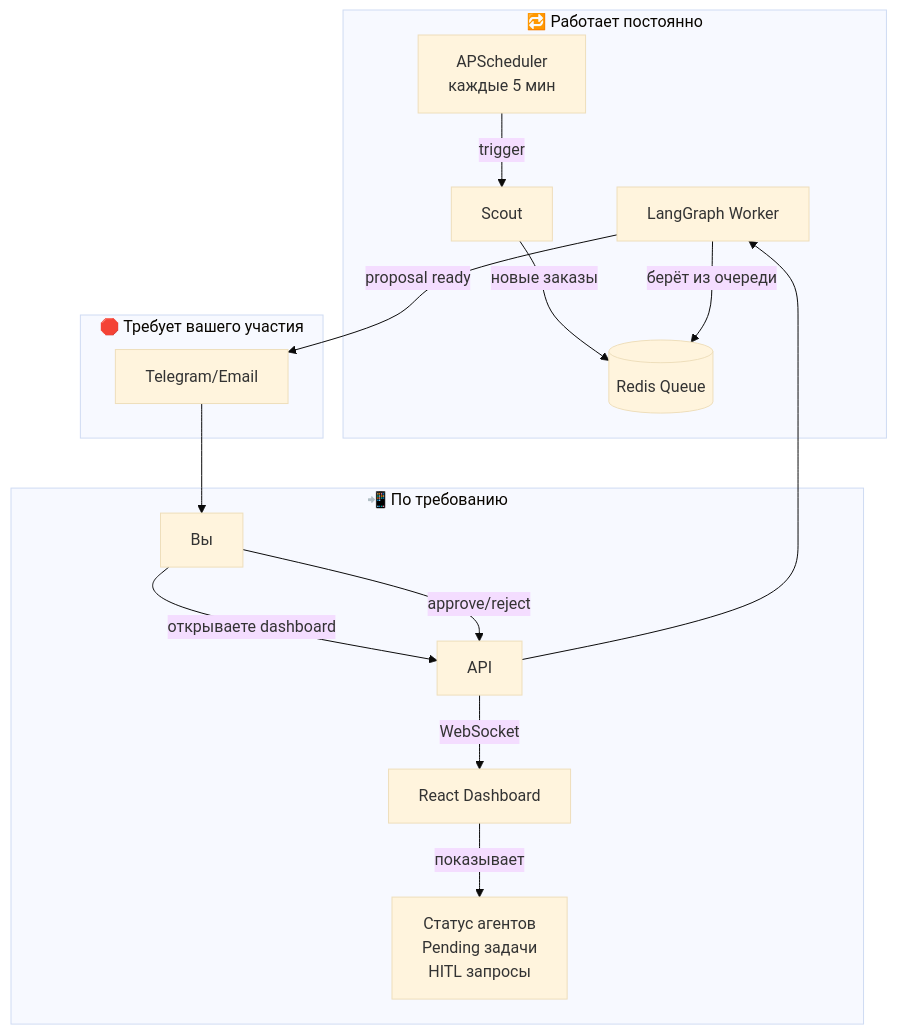
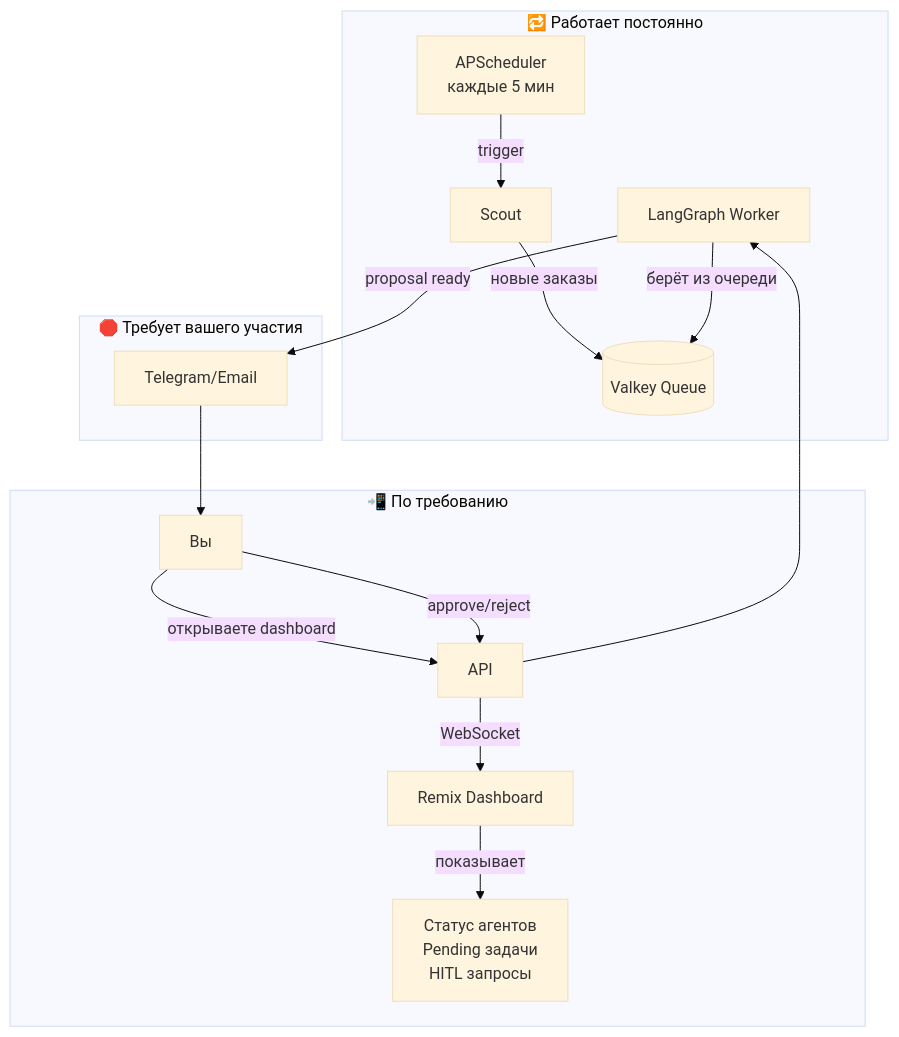
The eighth of 8 diagrams in technical_implementation_guide.md (laminariia/multi-agent-system), drawn with Mermaid (base theme) before and after one commit. The commit also changed other lines of this file and 137 other files, not shown here.

First line of the commit message:
feat: MAS MVP — backend, Telegram bot, Remix dashboard

````diff
--- a/technical_implementation_guide.md
+++ b/technical_implementation_guide.md
@@ -495,21 +495,21 @@
 ```mermaid
 flowchart TB
     subgraph Always["🔁 Работает постоянно"]
         Cron[APScheduler<br/>каждые 5 мин] -->|trigger| Scout
-        Scout -->|новые заказы| Queue[(Redis Queue)]
+        Scout -->|новые заказы| Queue[(Valkey Queue)]
         Worker[LangGraph Worker] -->|берёт из очереди| Queue
     end
     
     subgraph OnDemand["📲 По требованию"]
         You[Вы] -->|открываете dashboard| API
-        API -->|WebSocket| Dashboard[React Dashboard]
+        API -->|WebSocket| Dashboard[Remix Dashboard]
         Dashboard -->|показывает| Status[Статус агентов<br/>Pending задачи<br/>HITL запросы]
     end
     
     subgraph HITL["🛑 Требует вашего участия"]
         Worker -->|proposal ready| Notification[Telegram/Email]
         Notification --> You
         You -->|approve/reject| API
         API --> Worker
     end
 ```
````
